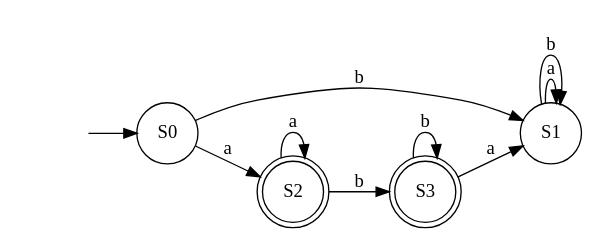
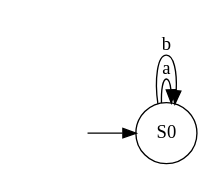
The diagram in lab2/sub.dot (konstantin2506/automata_theory), drawn with Graphviz before and after one commit. The commit also changed 13 other files, not shown here.

```diff
--- a/lab2/sub.dot
+++ b/lab2/sub.dot
@@ -1,21 +1,12 @@
 digraph DFA {
     rankdir=LR;
 
     start [shape=none, label=""];
 
     0 [label="S0", shape=circle];
-    1 [label="S1", shape=circle];
-    2 [label="S2", shape=doublecircle];
-    3 [label="S3", shape=doublecircle];
 
     start -> 0;
 
-    0 -> 2 [label="a"];
-    0 -> 1 [label="b"];
-    1 -> 1 [label="a"];
-    1 -> 1 [label="b"];
-    2 -> 2 [label="a"];
-    2 -> 3 [label="b"];
-    3 -> 1 [label="a"];
-    3 -> 3 [label="b"];
+    0 -> 0 [label="a"];
+    0 -> 0 [label="b"];
 }
```
